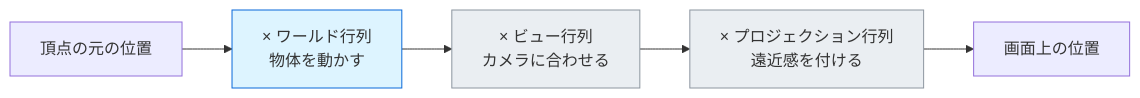
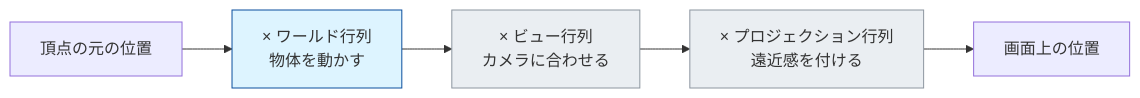
One commit to Tomonorarari-Think/DirectX12Dev changed the diagram in docs/tutorial/07_動かす_定数バッファと行列.md. Above: the diagram before and after it, drawn with Mermaid. The commit also changed 24 other files, not shown here.

First line of the commit message:
fix: 図の配色を見直し、コントラスト比を 7:1 以上に引き上げる

````diff
--- a/docs/tutorial/07_動かす_定数バッファと行列.md
+++ b/docs/tutorial/07_動かす_定数バッファと行列.md
@@ -27,11 +27,11 @@
 ```mermaid
 flowchart LR
     A["頂点の元の位置"] --> B["× ワールド行列<br/>物体を動かす"]
     B --> C["× ビュー行列<br/>カメラに合わせる"]
     C --> D["× プロジェクション行列<br/>遠近感を付ける"]
     D --> E["画面上の位置"]
 
-    style B fill:#ddf4ff,stroke:#0969da
+    style B fill:#ddf4ff,stroke:#0a4f9e
     style C fill:#eaeef2,stroke:#8c959f
     style D fill:#eaeef2,stroke:#8c959f
 ```
````
